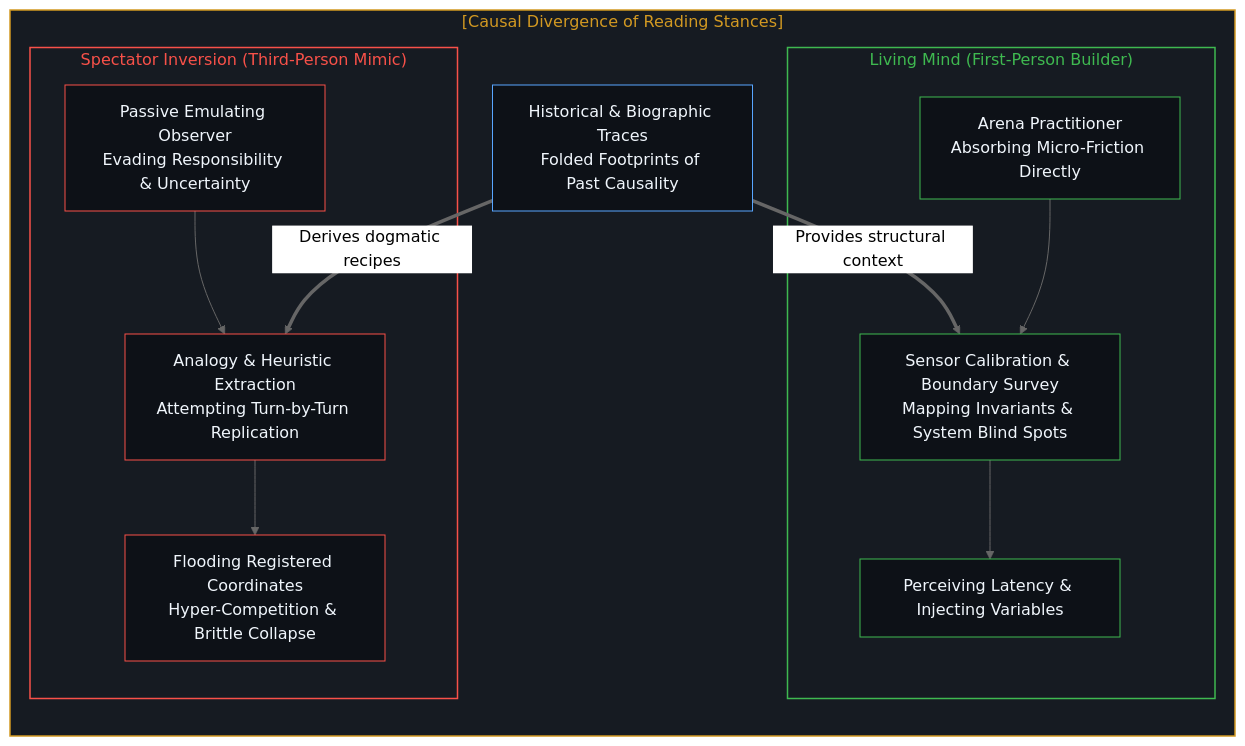
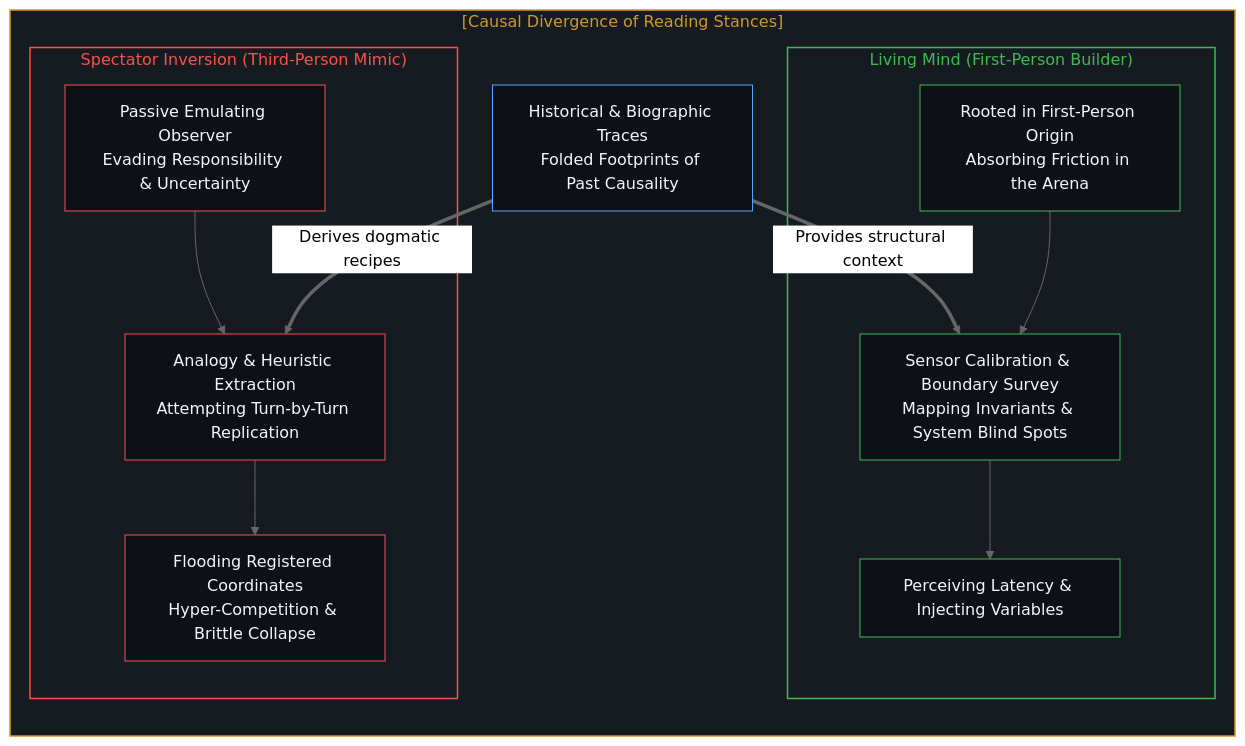
One commit to powerpig99/not-a-toe changed the second of 6 diagrams in content/posts/the-free-variable-and-the-retrospective-illusion-of-power.md. Above: the diagram before and after it, drawn with Mermaid (neutral theme). The commit also changed other lines of this file and 4 other files, not shown here.

Commit message:
Refine Post #367: Anchor generative value and power in the first-person causal origin

````diff
--- a/content/posts/the-free-variable-and-the-retrospective-illusion-of-power.md
+++ b/content/posts/the-free-variable-and-the-retrospective-illusion-of-power.md
@@ -64,38 +64,38 @@
 ```mermaid
 graph TD
     subgraph S_Scaffolding_EN["[Causal Divergence of Reading Stances]"]
         direction TB
         HistoricalTraces_EN["Historical & Biographic Traces<br>Folded Footprints of Past Causality"]
         
         subgraph S_Mind_EN["Living Mind (First-Person Builder)"]
-            FrictionActor_EN["Arena Practitioner<br>Absorbing Micro-Friction Directly"]
+            FrictionActor_EN["Rooted in First-Person Origin<br>Absorbing Friction in the Arena"]
             SensorCalibration_EN["Sensor Calibration & Boundary Survey<br>Mapping Invariants & System Blind Spots"]
             FirstPersonAction_EN["Perceiving Latency & Injecting Variables"]
         end
         
         subgraph S_Inversion_EN["Spectator Inversion (Third-Person Mimic)"]
             SpectatorMind_EN["Passive Emulating Observer<br>Evading Responsibility & Uncertainty"]
             AnalogyHeuristics_EN["Analogy & Heuristic Extraction<br>Attempting Turn-by-Turn Replication"]
             CrowdedZeroSum_EN["Flooding Registered Coordinates<br>Hyper-Competition & Brittle Collapse"]
         end
         
         HistoricalTraces_EN ==>|"Provides structural context"| SensorCalibration_EN
         FrictionActor_EN --> SensorCalibration_EN
         SensorCalibration_EN --> FirstPersonAction_EN
         
         HistoricalTraces_EN ==>|"Derives dogmatic recipes"| AnalogyHeuristics_EN
         SpectatorMind_EN --> AnalogyHeuristics_EN
         AnalogyHeuristics_EN --> CrowdedZeroSum_EN
     end
 
     style S_Scaffolding_EN fill:#161b22,stroke:#d29922,stroke-width:1.5px,color:#d29922
     style S_Mind_EN fill:#161b22,stroke:#3fb950,stroke-width:1.5px,color:#3fb950
     style S_Inversion_EN fill:#161b22,stroke:#f85149,stroke-width:1.5px,color:#f85149
     style HistoricalTraces_EN fill:#0d1117,stroke:#58a6ff,stroke-width:1px,color:#f0f6fc
     style FrictionActor_EN fill:#0d1117,stroke:#3fb950,stroke-width:1px,color:#f0f6fc
     style SensorCalibration_EN fill:#0d1117,stroke:#3fb950,stroke-width:1px,color:#f0f6fc
     style FirstPersonAction_EN fill:#0d1117,stroke:#3fb950,stroke-width:1px,color:#f0f6fc
     style SpectatorMind_EN fill:#0d1117,stroke:#f85149,stroke-width:1px,color:#f0f6fc
     style AnalogyHeuristics_EN fill:#0d1117,stroke:#f85149,stroke-width:1px,color:#f0f6fc
     style CrowdedZeroSum_EN fill:#0d1117,stroke:#f85149,stroke-width:1px,color:#f0f6fc
 ```
````
